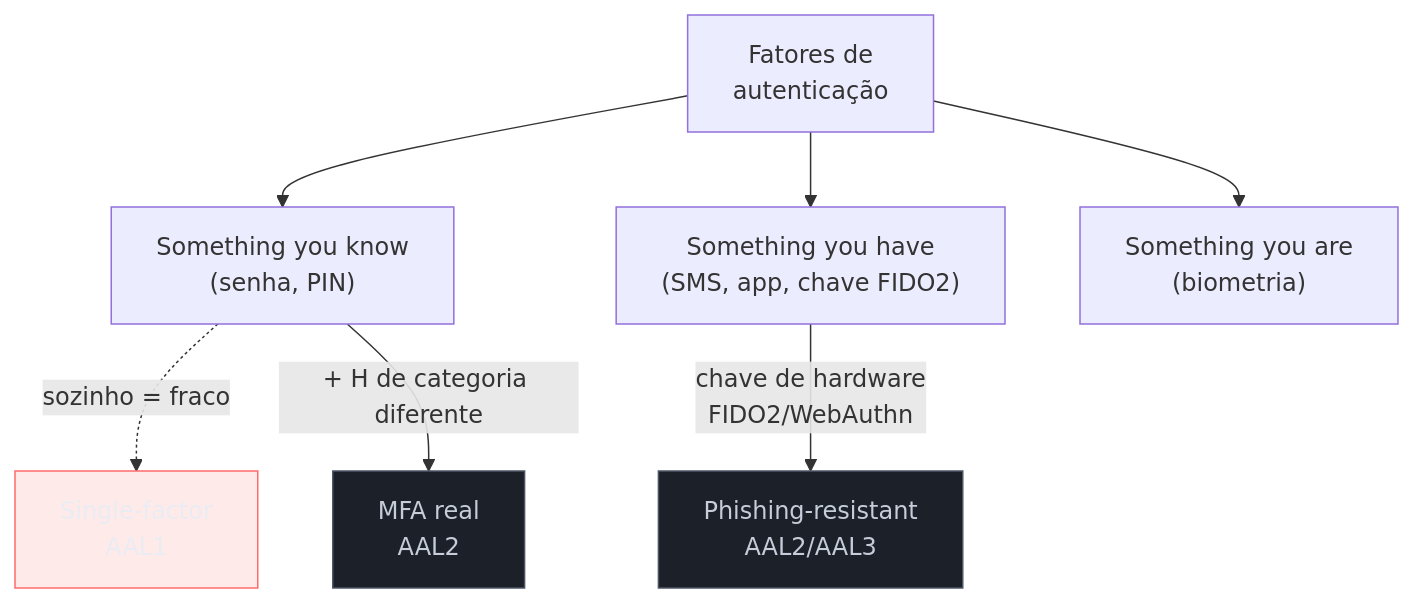
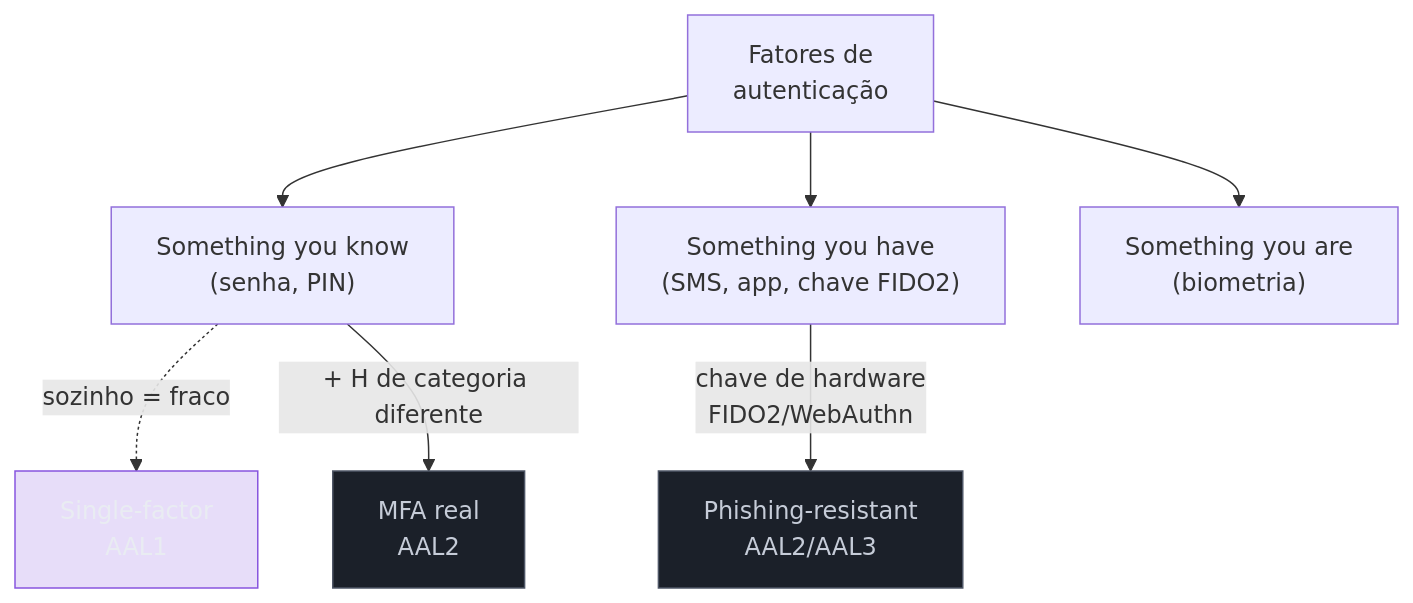
Before and after one commit to josenaldo/codex-technomanticus: the second of 4 diagrams in 03-Dominios/Engenharia/Auth e Identidade/1 - Fundamentos de identidade/01 - Identidade, autenticação e autorização — o mapa.md, drawn with Mermaid. The commit also changed other lines of this file and 601 other files, not shown here.

````diff
--- a/03-Dominios/Engenharia/Auth e Identidade/1 - Fundamentos de identidade/01 - Identidade, autenticação e autorização — o mapa.md
+++ b/03-Dominios/Engenharia/Auth e Identidade/1 - Fundamentos de identidade/01 - Identidade, autenticação e autorização — o mapa.md
@@ -126,16 +126,16 @@
 ```mermaid
 graph TD
-    classDef falha fill:#FF6B6B24,stroke:#FF6B6B,color:#E9ECF2
+    classDef marca fill:#8855DF33,stroke:#8855DF,color:#E9ECF2
     classDef neutro fill:#1B2029,stroke:#4E5666,color:#C6CCD8
     F["Fatores de<br/>autenticação"] --> K["Something you know<br/>(senha, PIN)"]
     F --> H["Something you have<br/>(SMS, app, chave FIDO2)"]
     F --> B["Something you are<br/>(biometria)"]
 
     K -.->|"sozinho = fraco"| SF["Single-factor<br/>AAL1"]
     K -->|"+ H de categoria diferente"| MFA["MFA real<br/>AAL2"]
     H -->|"chave de hardware<br/>FIDO2/WebAuthn"| PR["Phishing-resistant<br/>AAL2/AAL3"]
 
-    class SF falha
+    class SF marca
     class MFA neutro
     class PR neutro
 ```
````
